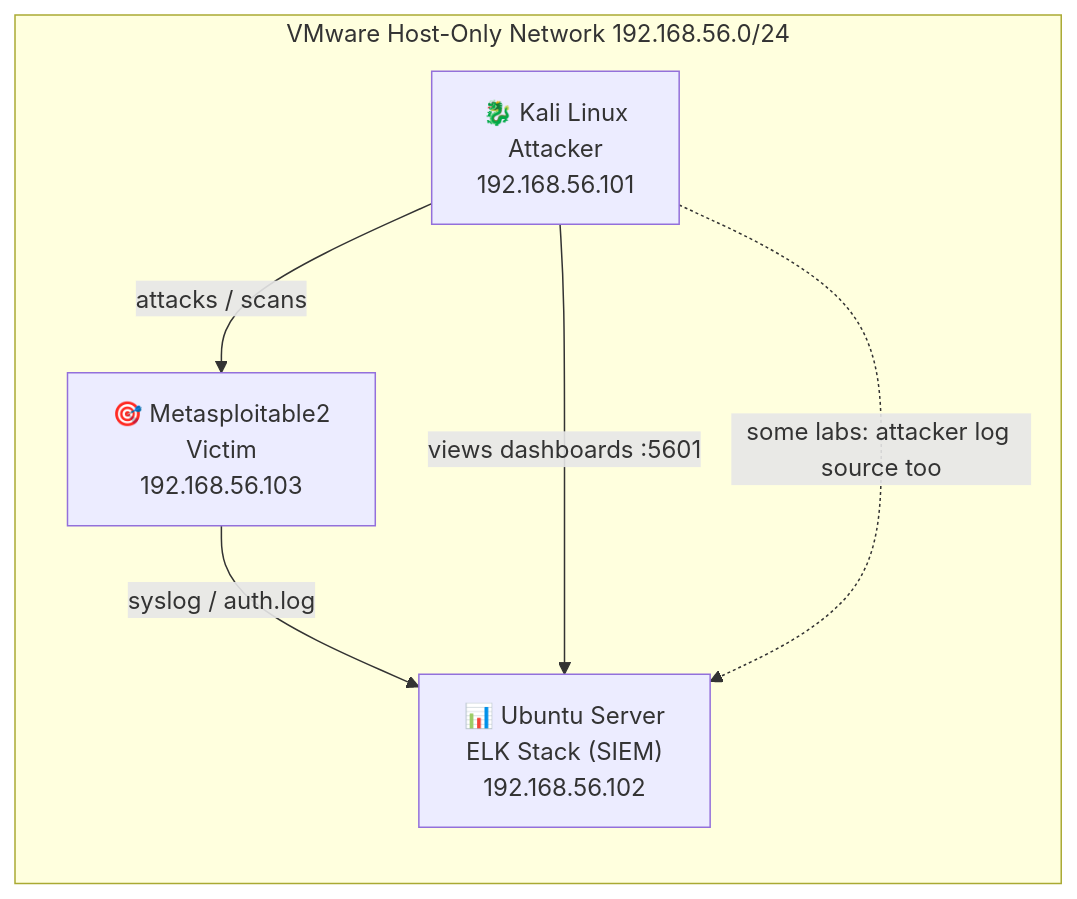
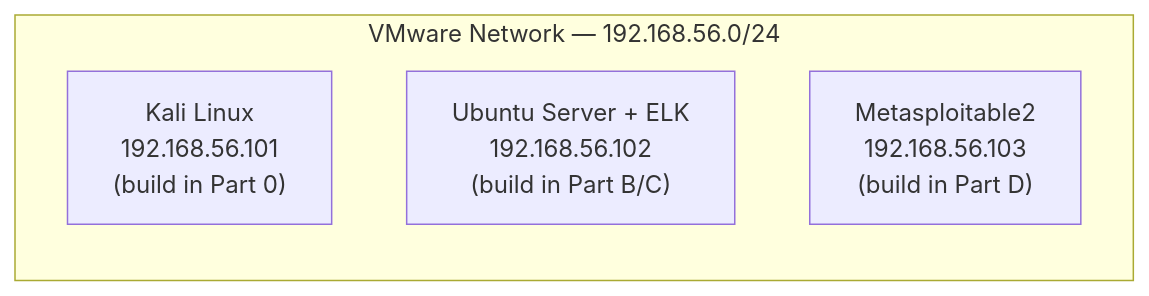
Before and after one commit to PurpleDefender249/Purple-Labs: the diagram in README.md, drawn with Mermaid. The commit also changed other lines of this file and 5 other files, not shown here.

````diff
--- a/README.md
+++ b/README.md
@@ -27,12 +8,8 @@
 ```mermaid
 flowchart LR
-    subgraph VMware Host-Only Network 192.168.56.0/24
-        K["🐉 Kali Linux<br/>Attacker<br/>192.168.56.101"]
-        U["📊 Ubuntu Server<br/>ELK Stack (SIEM)<br/>192.168.56.102"]
-        M["🎯 Metasploitable2<br/>Victim<br/>192.168.56.103"]
+    subgraph "VMware Network — 192.168.56.0/24"
+        K["Kali Linux\n192.168.56.101\n(build in Part 0)"]
+        U["Ubuntu Server + ELK\n192.168.56.102\n(build in Part B/C)"]
+        M["Metasploitable2\n192.168.56.103\n(build in Part D)"]
     end
-    K -- "attacks / scans" --> M
-    M -- "syslog / auth.log" --> U
-    K -- "views dashboards :5601" --> U
-    K -. "some labs: attacker log source too" .-> U
 ```
````
